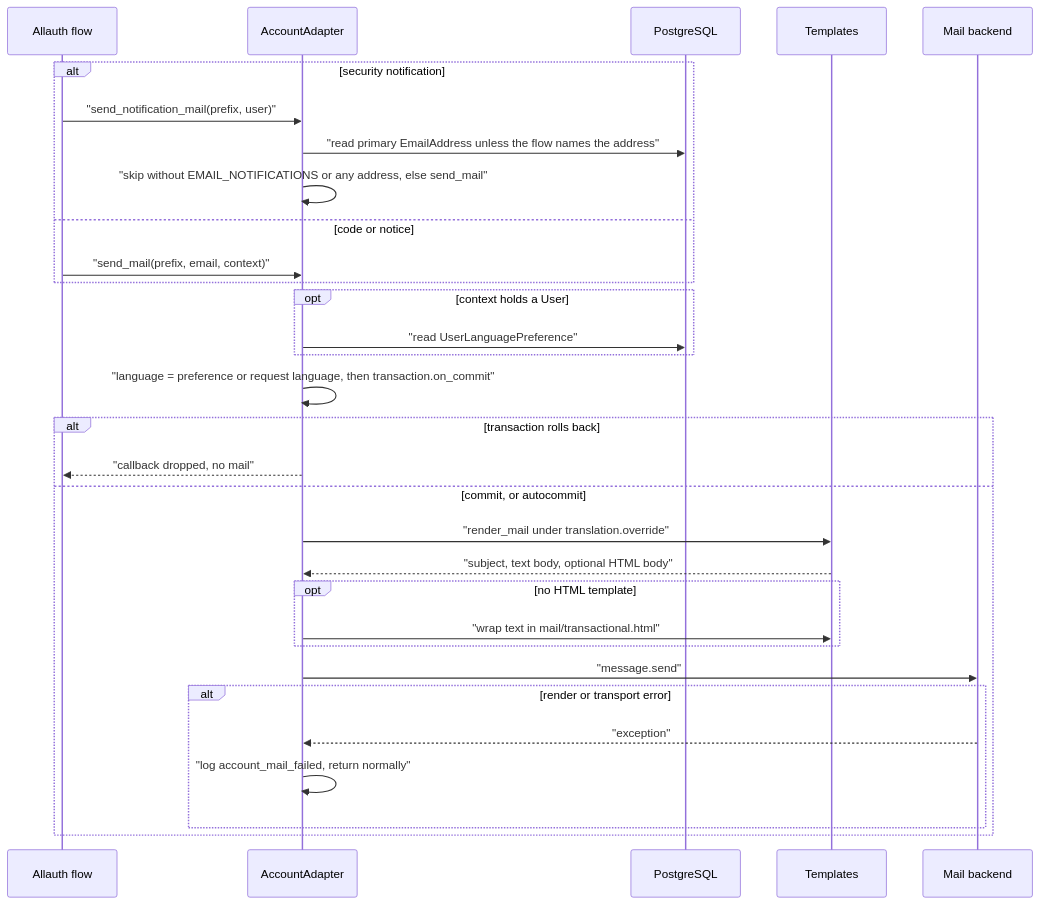
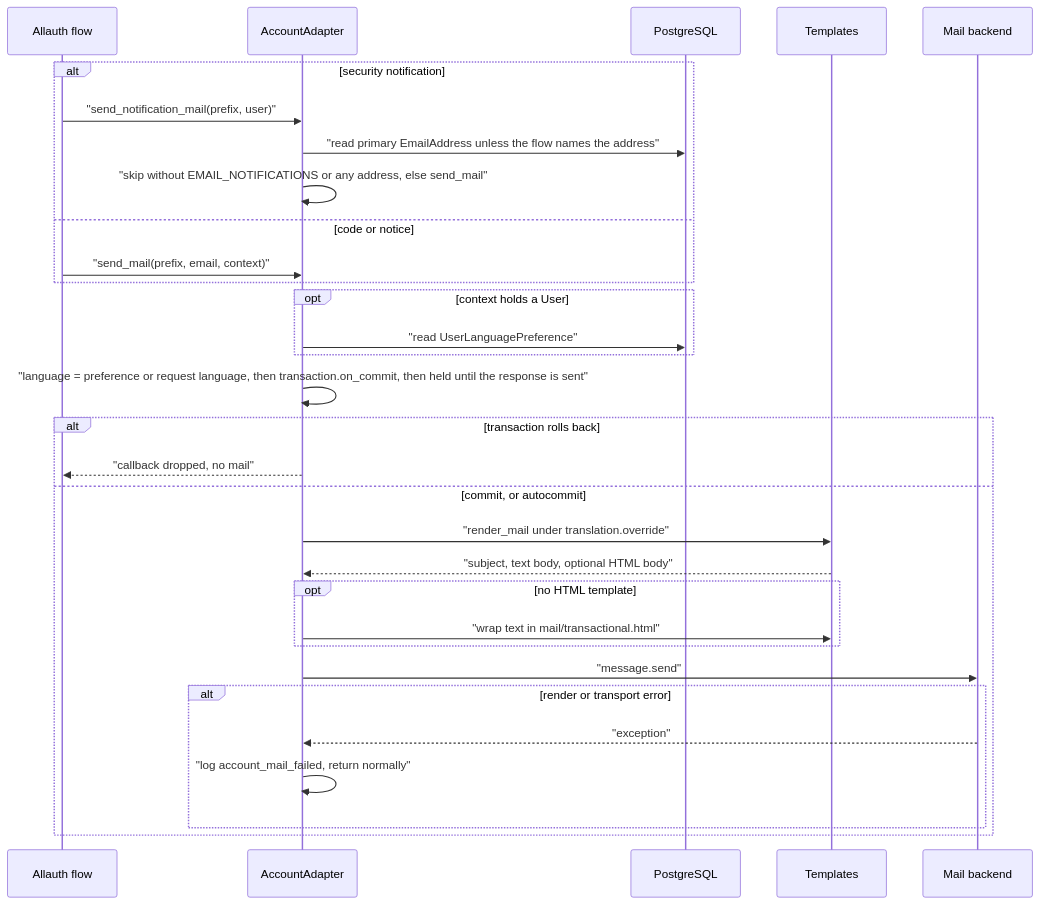
The diagram in docs/flows/account-mail-notifications.md (erkurtharun/pyracast), drawn with Mermaid before and after one commit. The commit also changed other lines of this file and 4 other files, not shown here.

````diff
--- a/docs/flows/account-mail-notifications.md
+++ b/docs/flows/account-mail-notifications.md
@@ -16,33 +16,33 @@
 ```mermaid
 sequenceDiagram
     participant F as Allauth flow
     participant A as AccountAdapter
     participant DB as PostgreSQL
     participant T as Templates
     participant M as Mail backend
     alt security notification
         F->>A: "send_notification_mail(prefix, user)"
         A->>DB: "read primary EmailAddress unless the flow names the address"
         A->>A: "skip without EMAIL_NOTIFICATIONS or any address, else send_mail"
     else code or notice
         F->>A: "send_mail(prefix, email, context)"
     end
     opt context holds a User
         A->>DB: "read UserLanguagePreference"
     end
-    A->>A: "language = preference or request language, then transaction.on_commit"
+    A->>A: "language = preference or request language, then transaction.on_commit, then held until the response is sent"
     alt transaction rolls back
         A-->>F: "callback dropped, no mail"
     else commit, or autocommit
         A->>T: "render_mail under translation.override"
         T-->>A: "subject, text body, optional HTML body"
         opt no HTML template
             A->>T: "wrap text in mail/transactional.html"
         end
         A->>M: "message.send"
         alt render or transport error
             M-->>A: "exception"
             A->>A: "log account_mail_failed, return normally"
         end
     end
 ```
````
